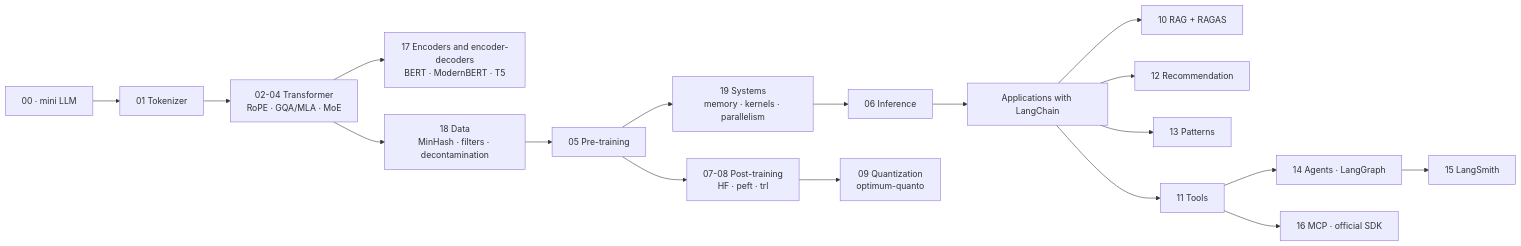
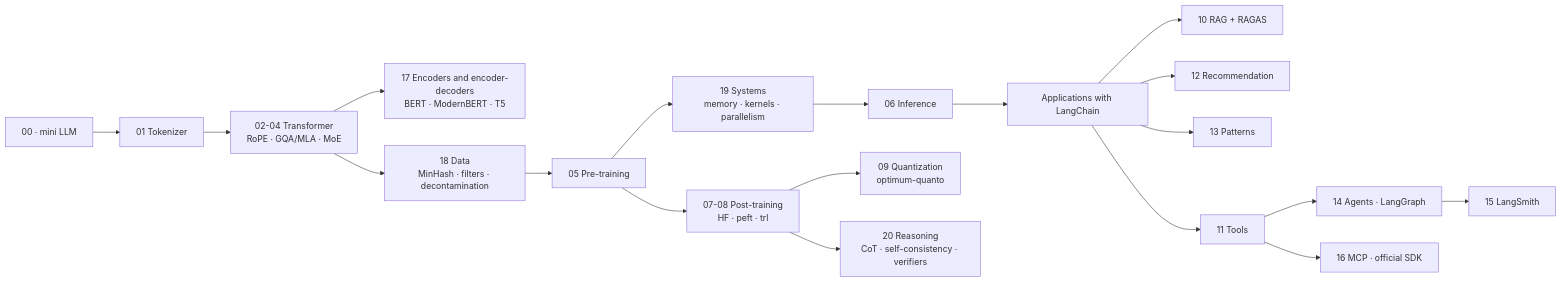
Before and after one commit to ZoodiacR/llm-edu-suite: the diagram in docs/en/README.md, drawn with Mermaid. The commit also changed other lines of this file and 21 other files, not shown here.

````diff
--- a/docs/en/README.md
+++ b/docs/en/README.md
@@ -42,20 +44,21 @@
 ```mermaid
 flowchart LR
     Z[00 · mini LLM] --> B[01 Tokenizer]
     B --> C[02-04 Transformer<br/>RoPE · GQA/MLA · MoE]
     C --> Q["17 Encoders and encoder-decoders<br/>BERT · ModernBERT · T5"]
     C --> P["18 Data<br/>MinHash · filters · decontamination"]
     P --> D[05 Pre-training]
     D --> S["19 Systems<br/>memory · kernels · parallelism"]
     S --> E[06 Inference]
     D --> F["07-08 Post-training<br/>HF · peft · trl"]
     F --> G["09 Quantization<br/>optimum-quanto"]
+    F --> R["20 Reasoning<br/>CoT · self-consistency · verifiers"]
     E --> H[Applications with LangChain]
     H --> I["10 RAG + RAGAS"]
     H --> K[12 Recommendation]
     H --> L[13 Patterns]
     H --> J[11 Tools]
     J --> M["14 Agents · LangGraph"]
     J --> N["16 MCP · official SDK"]
     M --> O["15 LangSmith"]
 ```
````
